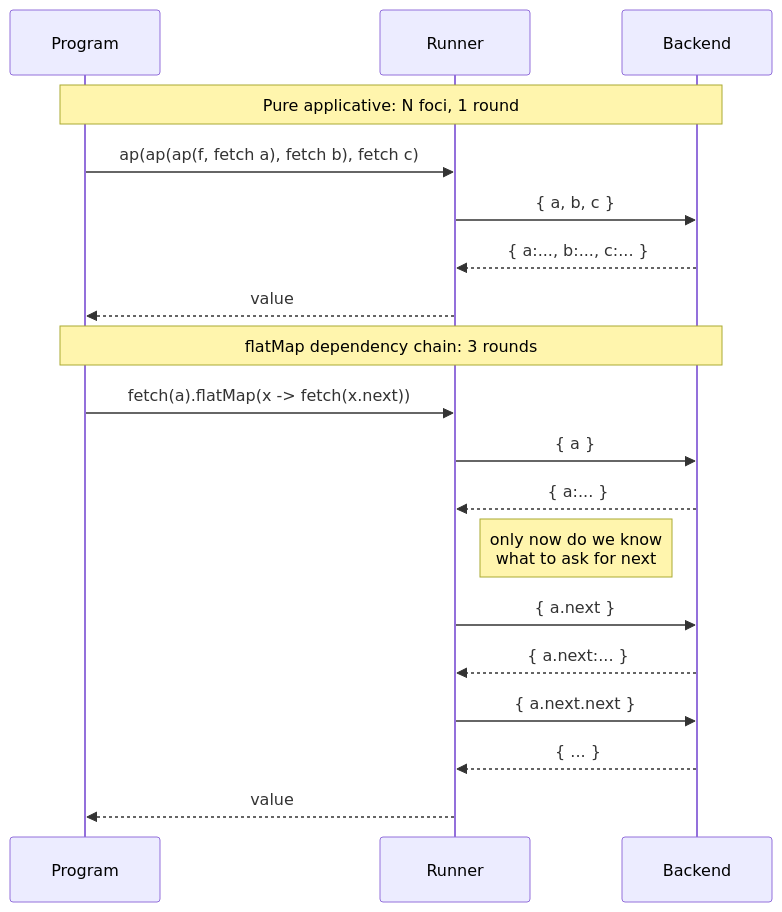
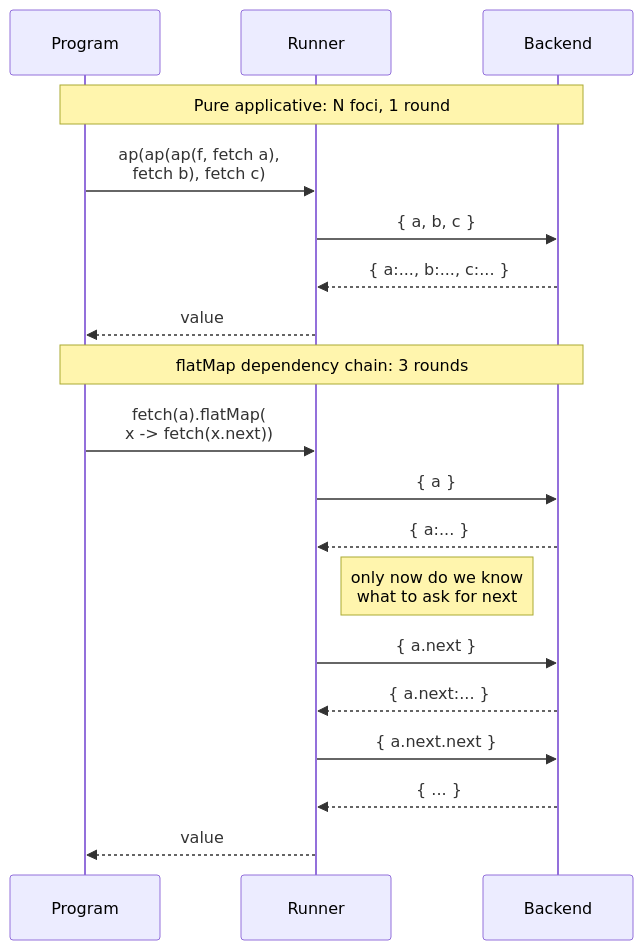
One commit to higher-kinded-j/higher-kinded-j.github.io changed the third of 3 diagrams in latest/optics/optic_batching.md. Above: the diagram before and after it, drawn with Mermaid. The commit also changed other lines of this file and 55 other files, not shown here.

````diff
--- a/latest/optics/optic_batching.md
+++ b/latest/optics/optic_batching.md
@@ -195,23 +202,25 @@
 ```mermaid
 sequenceDiagram
+    accTitle: One round for ap, a round per flatMap
+    accDescr: A pure applicative built with ap over fetches of a, b and c reaches the backend once, with all three keys. A flatMap chain fetches a, learns only then to ask for a.next and then a.next.next, and so takes three rounds.
     participant P as Program
     participant R as Runner
     participant B as Backend
 
     Note over P,B: Pure applicative: N foci, 1 round
-    P->>R: ap(ap(ap(f, fetch a), fetch b), fetch c)
+    P->>R: ap(ap(ap(f, fetch a),<br/>fetch b), fetch c)
     R->>B: { a, b, c }
     B-->>R: { a:..., b:..., c:... }
     R-->>P: value
 
     Note over P,B: flatMap dependency chain: 3 rounds
-    P->>R: fetch(a).flatMap(x -> fetch(x.next))
+    P->>R: fetch(a).flatMap(<br/>x -> fetch(x.next))
     R->>B: { a }
     B-->>R: { a:... }
     Note right of R: only now do we know<br/>what to ask for next
     R->>B: { a.next }
     B-->>R: { a.next:... }
     R->>B: { a.next.next }
     B-->>R: { ... }
     R-->>P: value
 ```
````
